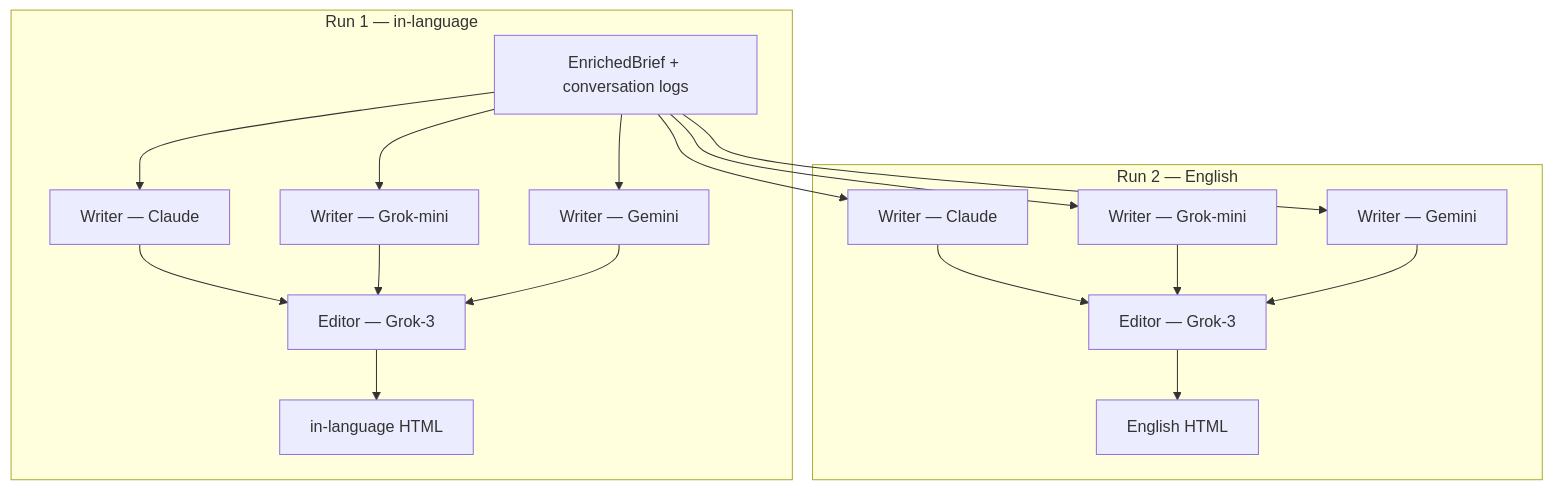
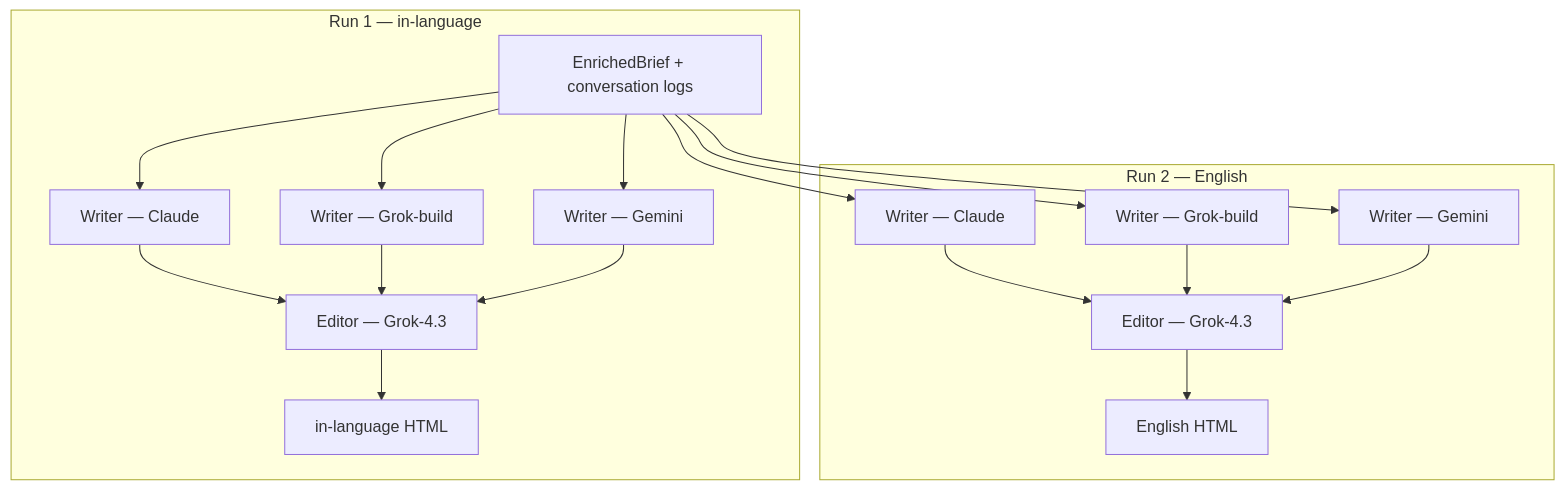
Before and after one commit to josemrsantos/gata: the eighth of 9 diagrams in docs/architecture.md, drawn with Mermaid. The commit also changed other lines of this file and 22 other files, not shown here.

````diff
--- a/docs/architecture.md
+++ b/docs/architecture.md
@@ -387,24 +387,24 @@
 ```mermaid
 flowchart TD
     IN["EnrichedBrief + conversation logs"]
 
     subgraph "Run 1 — in-language"
         W1a["Writer — Claude"]
-        W2a["Writer — Grok-mini"]
+        W2a["Writer — Grok-build"]
         W3a["Writer — Gemini"]
-        ED1["Editor — Grok-3"]
+        ED1["Editor — Grok-4.3"]
         IL["in-language HTML"]
         IN --> W1a & W2a & W3a
         W1a & W2a & W3a --> ED1 --> IL
     end
 
     subgraph "Run 2 — English"
         W1b["Writer — Claude"]
-        W2b["Writer — Grok-mini"]
+        W2b["Writer — Grok-build"]
         W3b["Writer — Gemini"]
-        ED2["Editor — Grok-3"]
+        ED2["Editor — Grok-4.3"]
         EN["English HTML"]
         IN --> W1b & W2b & W3b
         W1b & W2b & W3b --> ED2 --> EN
     end
 ```
````
